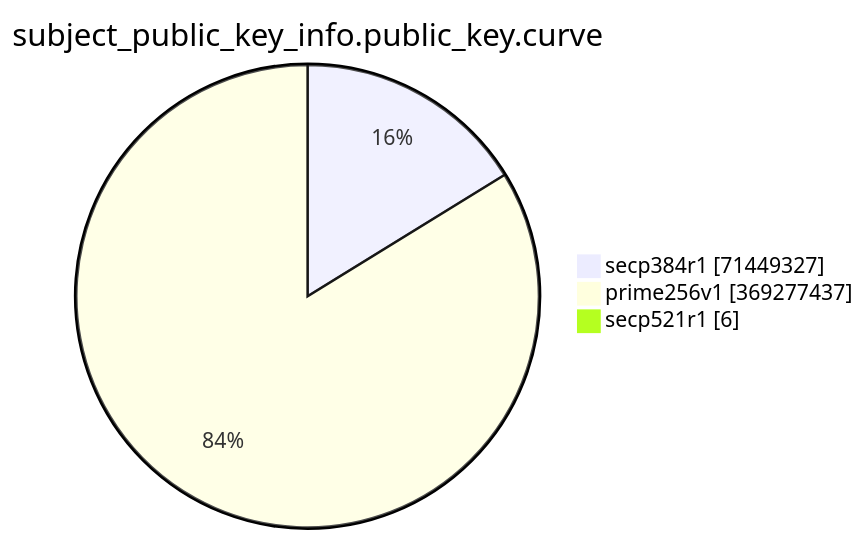
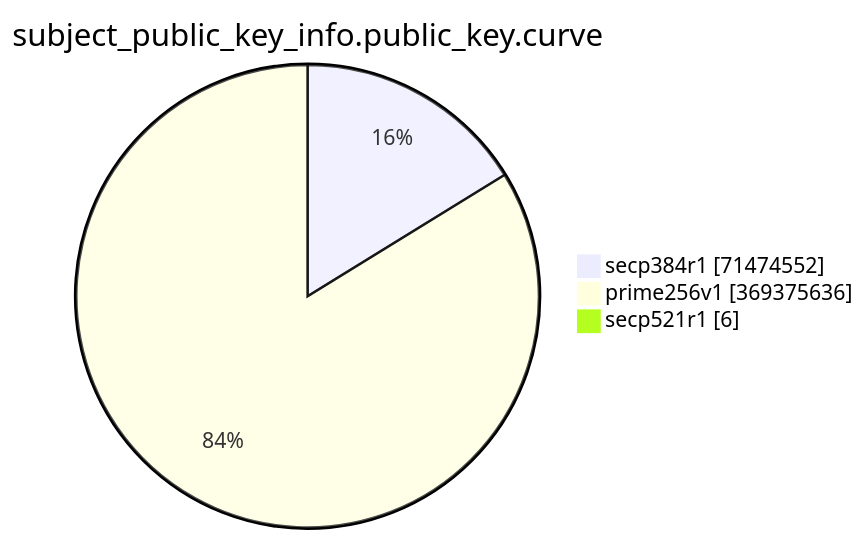
The eighth of 15 diagrams in TOTAL/README.md (christiankrug/ctmonitor_visualization), drawn with Mermaid before and after one commit. The commit also changed other lines of this file, not shown here.

````diff
--- a/TOTAL/README.md
+++ b/TOTAL/README.md
@@ -3092,7 +3092,7 @@
 ```mermaid
 pie showData
 title subject_public_key_info.public_key.curve
-"secp384r1" :71449327
-"prime256v1" :369277437
+"secp384r1" :71474552
+"prime256v1" :369375636
 "secp521r1" :6
 ```
````
